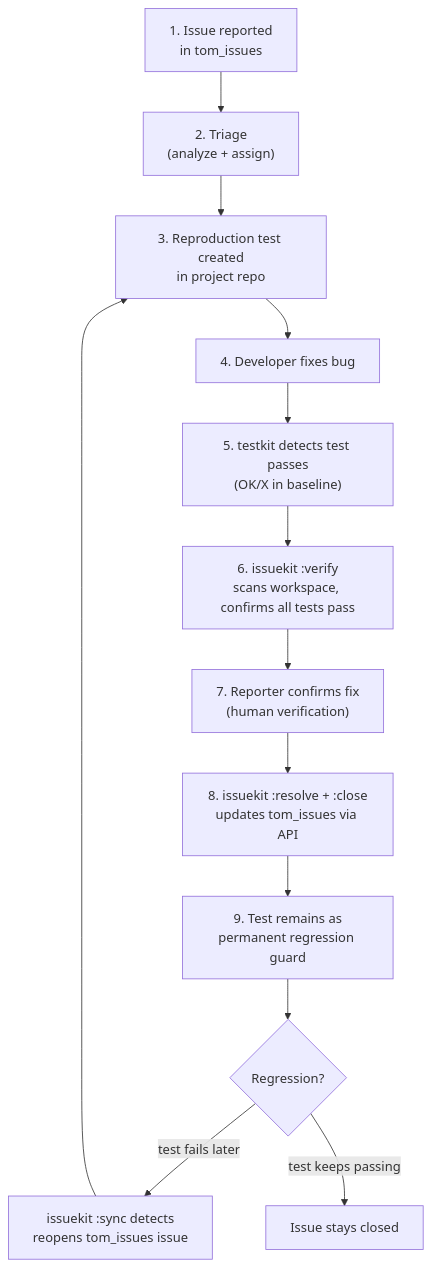
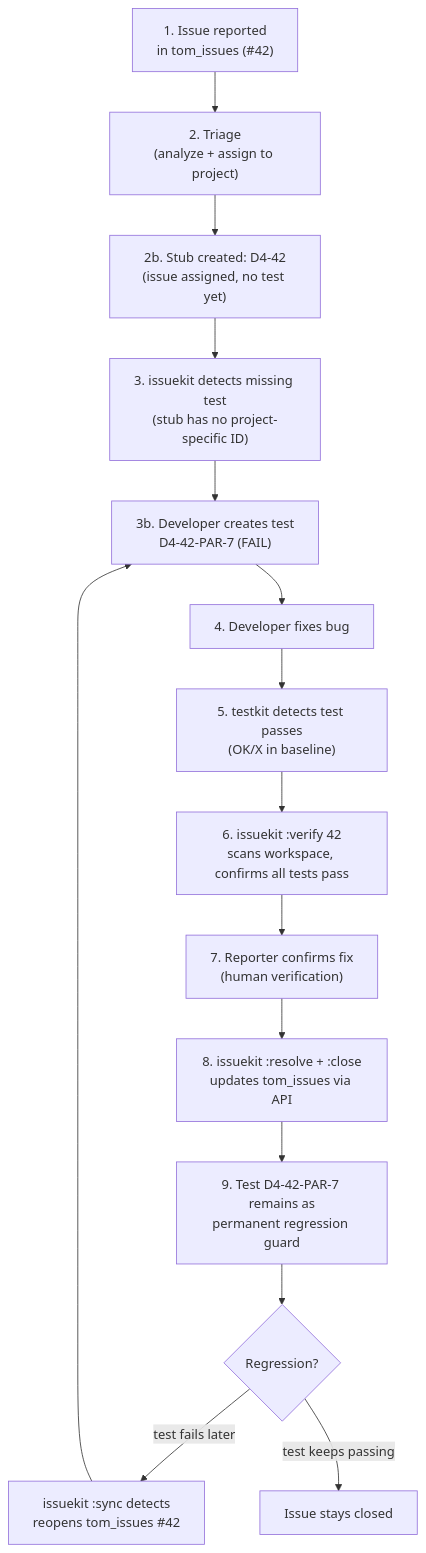
The fourth of 7 diagrams in tom_issue_kit/doc/issue_tracking.md (al-the-bear/tom_module_basics), drawn with Mermaid before and after one commit. The commit also changed other lines of this file, not shown here.

Commit message:
docs: rewrite ID scheme — drop ISS- prefix, shorter project IDs, test promotion, stub detection

````diff
--- a/tom_issue_kit/doc/issue_tracking.md
+++ b/tom_issue_kit/doc/issue_tracking.md
@@ -357,15 +403,17 @@
 ```mermaid
 graph TB
-    A["1. Issue reported<br/>in tom_issues"] --> B["2. Triage<br/>(analyze + assign)"]
-    B --> C["3. Reproduction test created<br/>in project repo"]
-    C --> D["4. Developer fixes bug"]
+    A["1. Issue reported<br/>in tom_issues (#42)"] --> B["2. Triage<br/>(analyze + assign to project)"]
+    B --> B2["2b. Stub created: D4-42<br/>(issue assigned, no test yet)"]
+    B2 --> C["3. issuekit detects missing test<br/>(stub has no project-specific ID)"]
+    C --> C2["3b. Developer creates test<br/>D4-42-PAR-7 (FAIL)"]
+    C2 --> D["4. Developer fixes bug"]
     D --> E["5. testkit detects test passes<br/>(OK/X in baseline)"]
-    E --> F["6. issuekit :verify<br/>scans workspace, confirms all tests pass"]
+    E --> F["6. issuekit :verify 42<br/>scans workspace, confirms all tests pass"]
     F --> G["7. Reporter confirms fix<br/>(human verification)"]
     G --> H["8. issuekit :resolve + :close<br/>updates tom_issues via API"]
-    H --> I["9. Test remains as<br/>permanent regression guard"]
+    H --> I["9. Test D4-42-PAR-7 remains as<br/>permanent regression guard"]
     I --> J{"Regression?"}
-    J -->|"test fails later"| K["issuekit :sync detects<br/>reopens tom_issues issue"]
-    K --> C
+    J -->|"test fails later"| K["issuekit :sync detects<br/>reopens tom_issues #42"]
+    K --> C2
     J -->|"test keeps passing"| L["Issue stays closed"]
 ```
````
